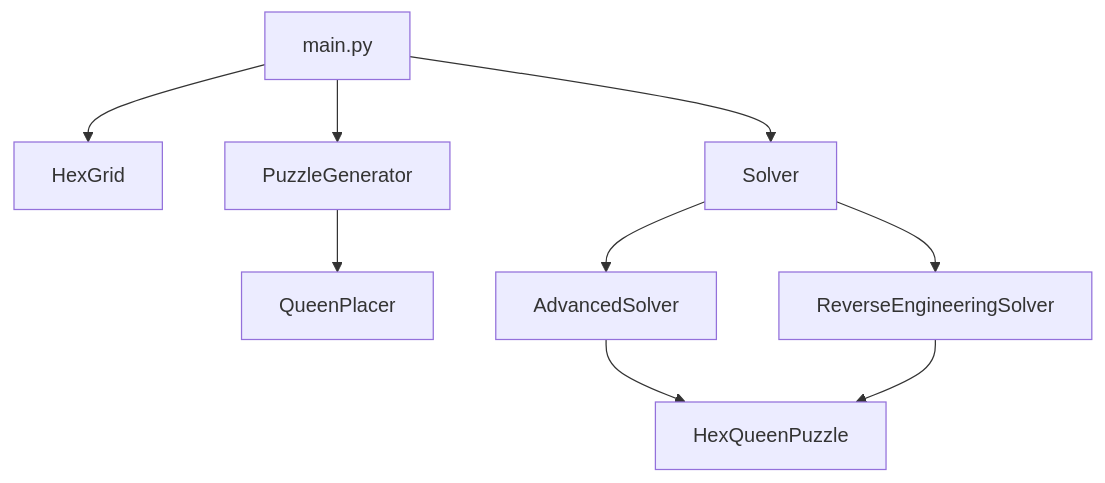
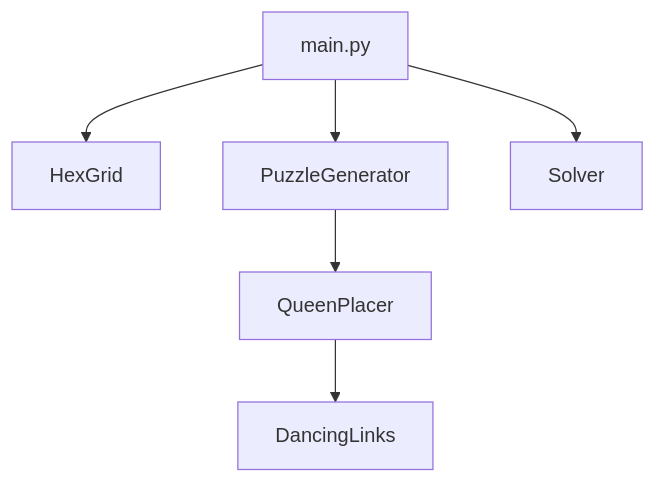
The diagram in README.md (HobbesSR/hexqueen), drawn with Mermaid before and after one commit. The commit also changed other lines of this file and 2 other files, not shown here.

Commit message:
Document use of DLX Solver

````diff
--- a/README.md
+++ b/README.md
@@ -12,11 +18,8 @@
 ```mermaid
 graph TD
     A[main.py] --> B[HexGrid]
     A --> C[PuzzleGenerator]
     A --> D[Solver]
     C --> E[QueenPlacer]
-    D --> F[AdvancedSolver]
-    D --> G[ReverseEngineeringSolver]
-    F --> H[HexQueenPuzzle]
-    G --> H
+    E --> I[DancingLinks]
 ```
````
